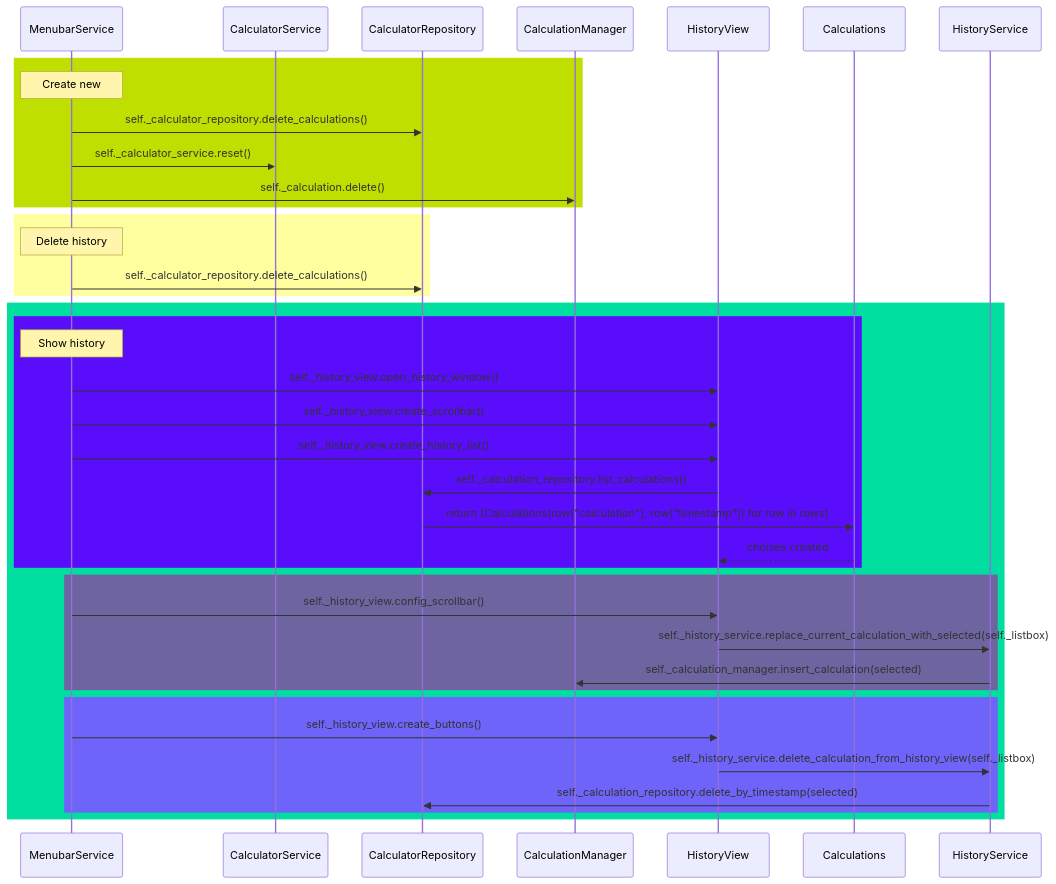
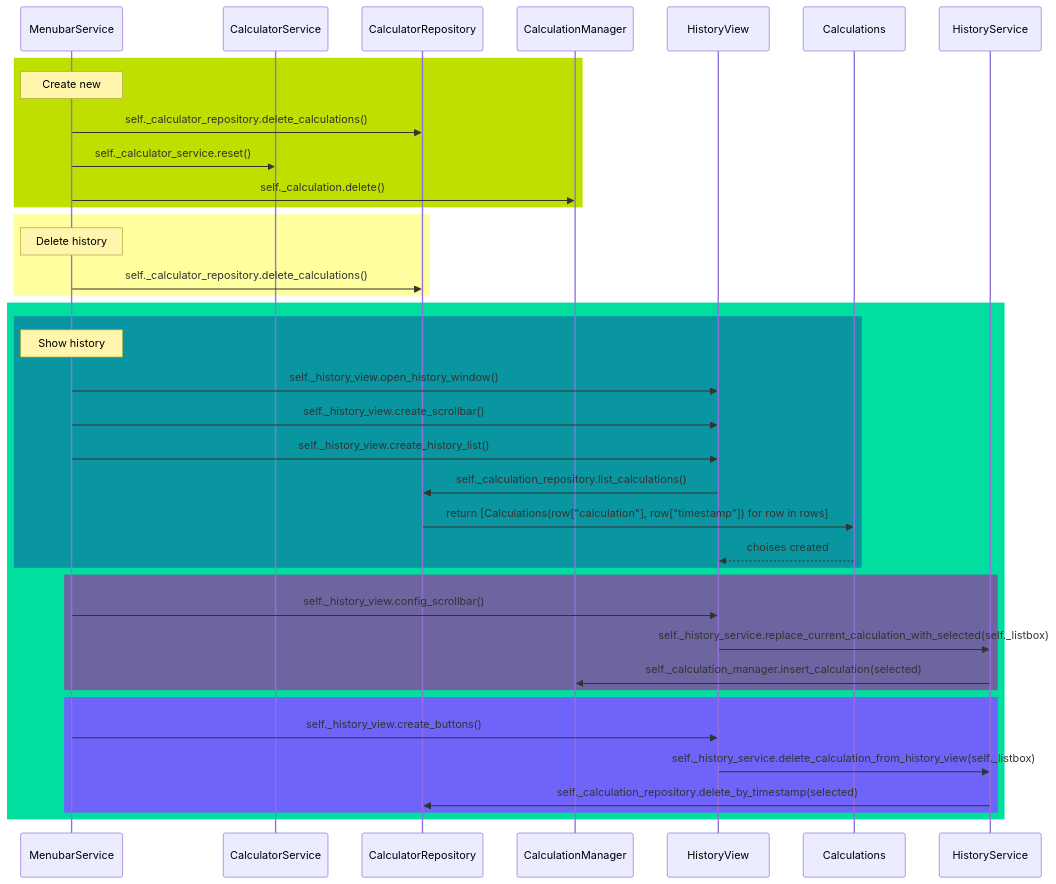
The fifth of 5 diagrams in dokumentaatio/arkkitehtuuri.md (opturtio/Calculator), drawn with Mermaid before and after one commit. The commit also changed 9 other files, not shown here.

````diff
--- a/dokumentaatio/arkkitehtuuri.md
+++ b/dokumentaatio/arkkitehtuuri.md
@@ -122,45 +122,45 @@
 ```mermaid
 sequenceDiagram
     participant MenubarService
     participant CalculatorService
     participant CalculatorRepository
     participant CalculationManager
     participant HistoryView
     participant Calculations
 
     rect rgb(191, 223, 0)
     Note over MenubarService: Create new
     MenubarService->>CalculatorRepository: self._calculator_repository.delete_calculations()
     MenubarService->>CalculatorService: self._calculator_service.reset()
     MenubarService->>CalculationManager: self._calculation.delete()
     end
 
     rect rgb(255, 255, 160)
     Note over MenubarService: Delete history
     MenubarService->>CalculatorRepository: self._calculator_repository.delete_calculations()
     end
 
     rect rgb(0, 223, 160)
-    rect rgb(90, 13, 250)
+    rect rgb(10, 150, 160)
     Note over MenubarService: Show history
     MenubarService->>HistoryView: self._history_view.open_history_window()
     MenubarService->>HistoryView: self._history_view.create_scrollbar()
     MenubarService->>HistoryView: self._history_view.create_history_list()
     HistoryView->>CalculatorRepository: self._calculation_repository.list_calculations()
     CalculatorRepository->>Calculations: return [Calculations(row["calculation"], row["timestamp"]) for row in rows]
     Calculations-->>HistoryView: choises created
     end
 
     rect rgb(110, 100, 160)
     MenubarService->>HistoryView: self._history_view.config_scrollbar()
     HistoryView->>HistoryService: self._history_service.replace_current_calculation_with_selected(self._listbox)
     HistoryService->>CalculationManager: self._calculation_manager.insert_calculation(selected)
     end
 
     rect rgb(110, 100, 250)
     MenubarService->>HistoryView: self._history_view.create_buttons()
     HistoryView->>HistoryService: self._history_service.delete_calculation_from_history_view(self._listbox)
     HistoryService->>CalculatorRepository: self._calculation_repository.delete_by_timestamp(selected)
     end
     end
 ```
````
